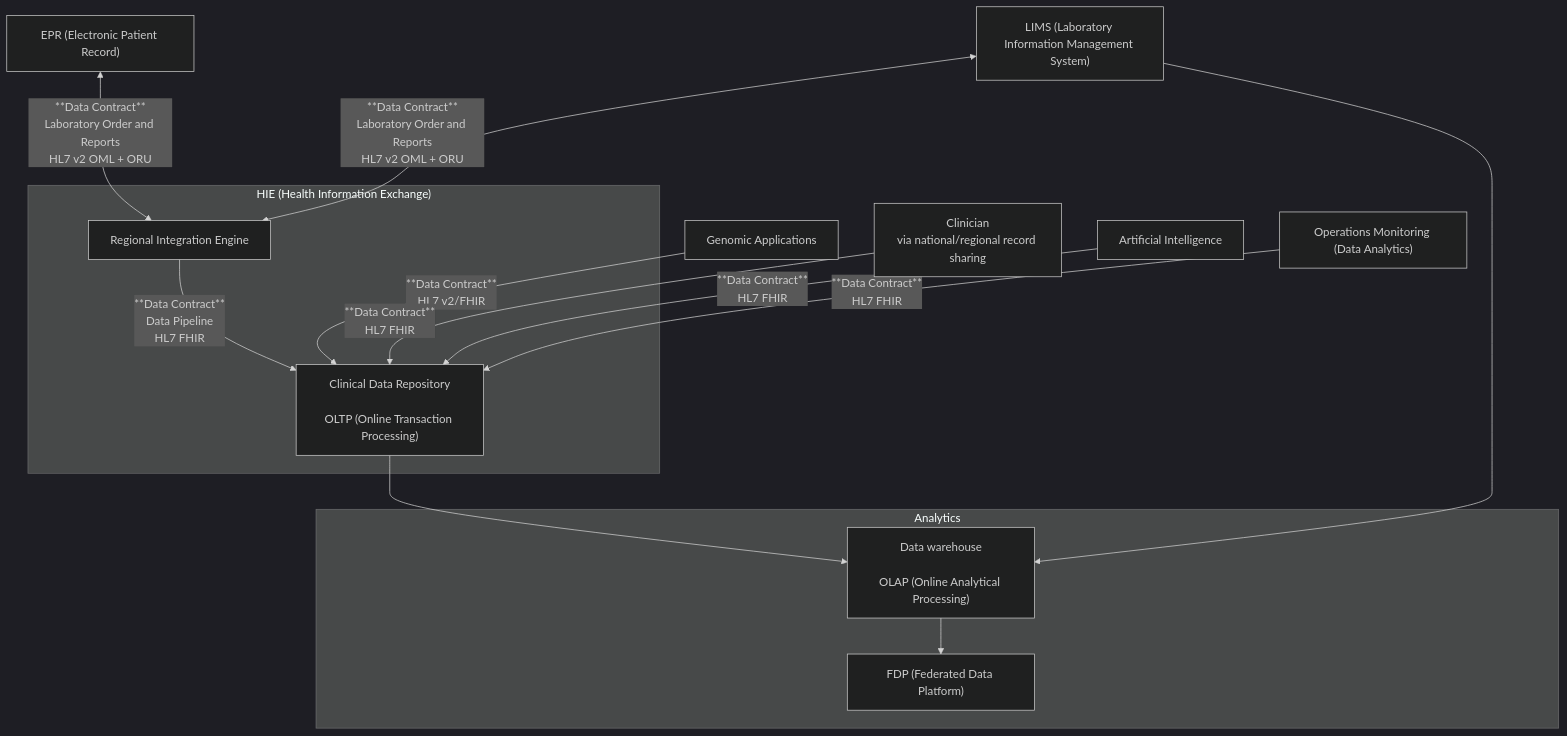
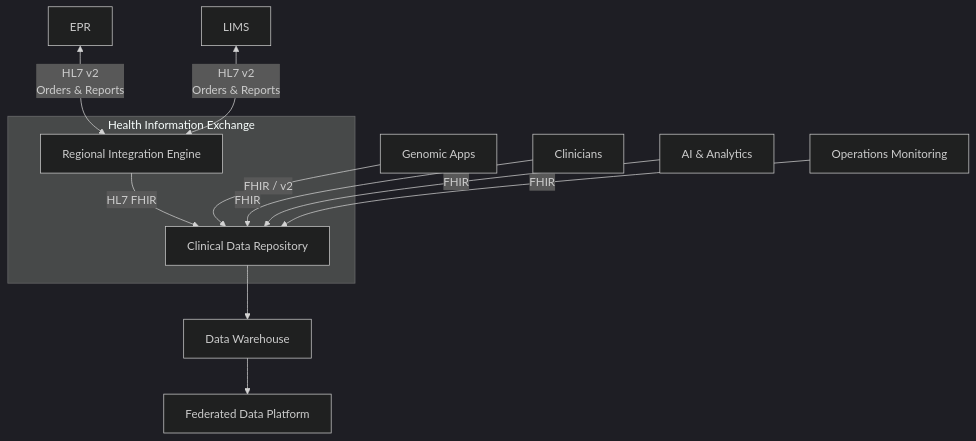
The first of 2 diagrams in input/pagecontent/data-contracts.md (uk-gov-mirror/nw-gmsa.nw-gmsa.github.com), drawn with Mermaid (dark theme) before and after one commit.

Commit message:
Wording change

````diff
--- a/input/pagecontent/data-contracts.md
+++ b/input/pagecontent/data-contracts.md
@@ -4,18 +4,17 @@
 ```mermaid
-graph TD;
+graph TD
+    EHR[EPR] <--> |HL7 v2<br/>Orders & Reports| RIE
+    LIMS[LIMS] <--> |HL7 v2<br/>Orders & Reports| RIE
 
-    EHR["EPR (Electronic Patient Record)"] <--> |**Data Contract**<br/>Laboratory Order and Reports<br/>HL7 v2 OML + ORU| RIE
-    GA["Genomic Applications"] --> |**Data Contract**<br/>HL7 v2/FHIR| CDR
-    subgraph DP["HIE (Health Information Exchange)"]
-        RIE[Regional Integration Engine] --> |**Data Contract**<br/>Data Pipeline<br/>HL7 FHIR| CDR["Clinical Data Repository<br/><br/>OLTP (Online Transaction Processing)"] 
-    end 
-    LIMS["LIMS (Laboratory Information Management System)"] <--> |**Data Contract**<br/>Laboratory Order and Reports<br/>HL7 v2 OML + ORU| RIE 
-        LIMS --> OLAP
-    Clinician["Clinician<br/>via national/regional record sharing"] --> |**Data Contract**<br/>HL7 FHIR| CDR
-    AI[Artificial Intelligence] --> |**Data Contract**<br/>HL7 FHIR| CDR
-    OP["Operations Monitoring (Data Analytics)"] --> |**Data Contract**<br/>HL7 FHIR| CDR
-    subgraph Analytics
-        OLAP["Data warehouse<br/><br/>OLAP (Online Analytical Processing)"]  --> FDP["FDP (Federated Data Platform)"]
+    subgraph HIE["Health Information Exchange"]
+        RIE[Regional Integration Engine] --> |HL7 FHIR| CDR[Clinical Data Repository]
     end
-    CDR --> OLAP
+
+    GA[Genomic Apps] --> |FHIR / v2| CDR
+    Clinician[Clinicians] --> |FHIR| CDR
+    AI[AI & Analytics] --> |FHIR| CDR
+    Ops[Operations Monitoring] --> |FHIR| CDR
+
+    CDR --> OLAP[Data Warehouse]
+    OLAP --> FDP[Federated Data Platform]
 ```
````
